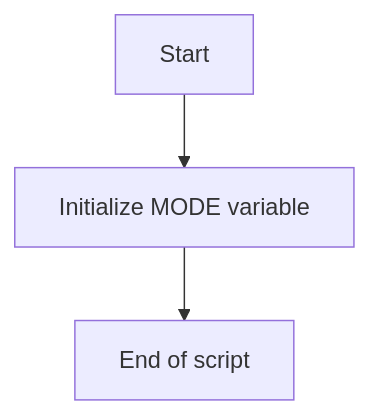
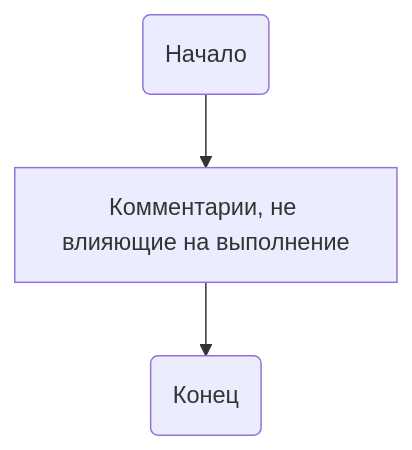
The diagram in docs/gemini/ru/explainer/src/_examples/quick_start.py.md (hypo69/hypo), drawn with Mermaid before and after one commit. The commit also changed other lines of this file and 1505 other files, not shown here.

````diff
--- a/docs/gemini/ru/explainer/src/_examples/quick_start.py.md
+++ b/docs/gemini/ru/explainer/src/_examples/quick_start.py.md
@@ -20,5 +10,5 @@
 ```mermaid
 flowchart TD
-    Start --> InitializeModeVariable[Initialize MODE variable <br> ]
-    InitializeModeVariable --> End[End of script]
+    Start(Начало) --> Comments[Комментарии, не влияющие на выполнение]
+    Comments --> End(Конец)
 ```
````
